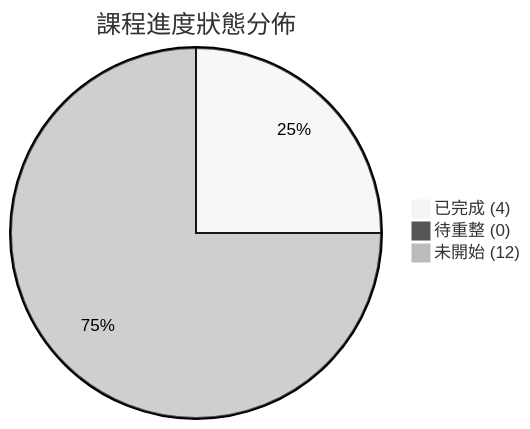
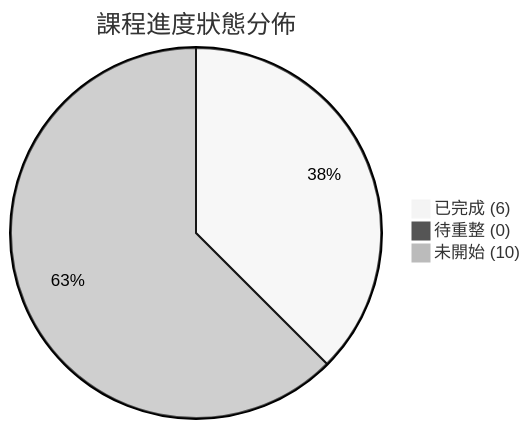
One commit to Jimlin0428/my-digital-garden changed the diagram in src/site/notes/04_主題選修/10_創業與企業財務策略/00_課程導航與進度/progress_📊 課程與筆記進度追蹤.md. Above: the diagram before and after it, drawn with Mermaid (neutral theme). The commit also changed other lines of this file and 99 other files, not shown here.

````diff
--- a/src/site/notes/04_主題選修/10_創業與企業財務策略/00_課程導航與進度/progress_📊 課程與筆記進度追蹤.md
+++ b/src/site/notes/04_主題選修/10_創業與企業財務策略/00_課程導航與進度/progress_📊 課程與筆記進度追蹤.md
@@ -28,6 +28,6 @@
 ```mermaid
 pie title 課程進度狀態分佈
-    "已完成 (4)" : 4
+    "已完成 (6)" : 6
     "待重整 (0)" : 0
-    "未開始 (12)" : 12
+    "未開始 (10)" : 10
 ```
````
